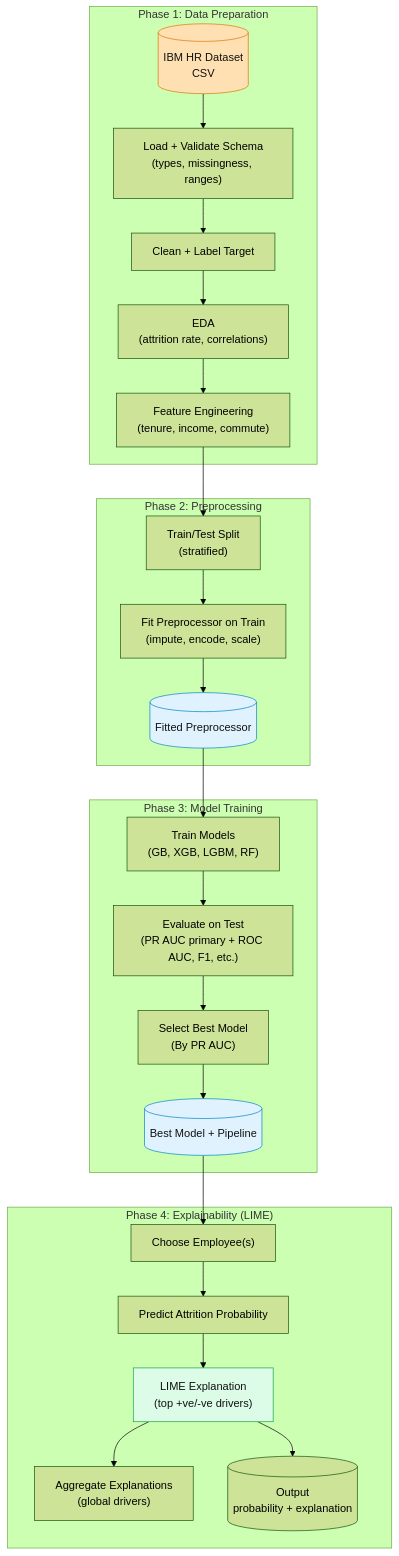
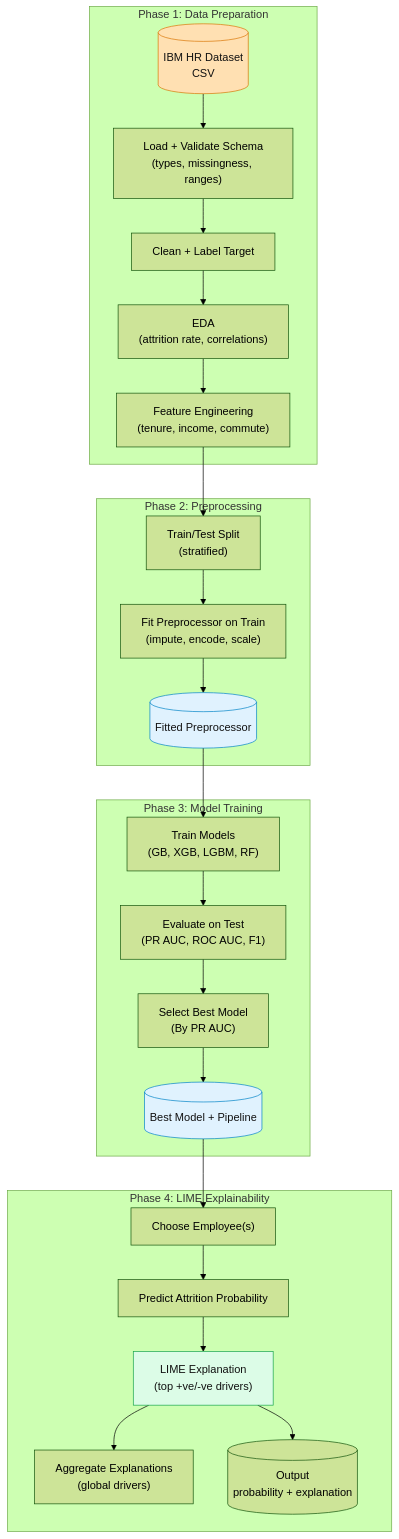
One commit to gpsaggese/gpsaggese.github.io changed the second of 3 diagrams in class_project/MSML610/Fall2025/Projects/UmdTask62_Fall2025_LIME_Employee_Attrition_Prediction/README.md. Above: the diagram before and after it, drawn with Mermaid (forest theme). The commit also changed other lines of this file, not shown here.

Commit message:
Update README File
Pre-commit checks:
All checks passed ✅

````diff
--- a/class_project/MSML610/Fall2025/Projects/UmdTask62_Fall2025_LIME_Employee_Attrition_Prediction/README.md
+++ b/class_project/MSML610/Fall2025/Projects/UmdTask62_Fall2025_LIME_Employee_Attrition_Prediction/README.md
@@ -227,57 +227,57 @@
 ```mermaid
 flowchart TB
 
 %% =========================
 %% Phase 1: Data Preparation
 %% =========================
 subgraph P1["Phase 1: Data Preparation"]
   A[(IBM HR Dataset<br/>CSV)]
   B["Load + Validate Schema<br/>(types, missingness, ranges)"]
   C["Clean + Label Target"]
   D["EDA<br/>(attrition rate, correlations)"]
   E["Feature Engineering<br/>(tenure, income, commute)"]
   A --> B --> C --> D --> E
 end
 
 %% =========================
 %% Phase 2: Preprocessing
 %% =========================
 subgraph P2["Phase 2: Preprocessing"]
   F["Train/Test Split<br/>(stratified)"]
   G["Fit Preprocessor on Train<br/>(impute, encode, scale)"]
   H[(Fitted Preprocessor)]
   E --> F --> G --> H
 end
 
 %% =========================
 %% Phase 3: Model Training & Selection
 %% =========================
 subgraph P3["Phase 3: Model Training"]
   I["Train Models<br/>(GB, XGB, LGBM, RF)"]
-  J["Evaluate on Test<br/>(PR AUC primary + ROC AUC, F1, etc.)"]
+  J["Evaluate on Test<br/>(PR AUC, ROC AUC, F1)"]
   K["Select Best Model<br/>(By PR AUC)"]
   L[(Best Model + Pipeline)]
   H --> I --> J --> K --> L
 end
 
 %% =========================
 %% Phase 4: LIME Explainability 
 %% =========================
-subgraph P4["Phase 4: Explainability (LIME)"]
+subgraph P4["Phase 4: LIME Explainability"]
   M["Choose Employee(s)"]
   N["Predict Attrition Probability"]
   O["LIME Explanation<br/>(top +ve/-ve drivers)"]
   P["Aggregate Explanations<br/>(global drivers)"]
   Q[(Output<br/>probability + explanation)]
   L --> M --> N --> O --> Q
   O --> P
 end
 
 classDef datastore fill:#ffe0b2,stroke:#d97706,color:#111;
 classDef artifact fill:#e0f2fe,stroke:#0284c7,color:#111;
 classDef explain fill:#dcfce7,stroke:#16a34a,color:#111;
 
 class A datastore
 class H,L artifact
 class O explain
 ```
````
